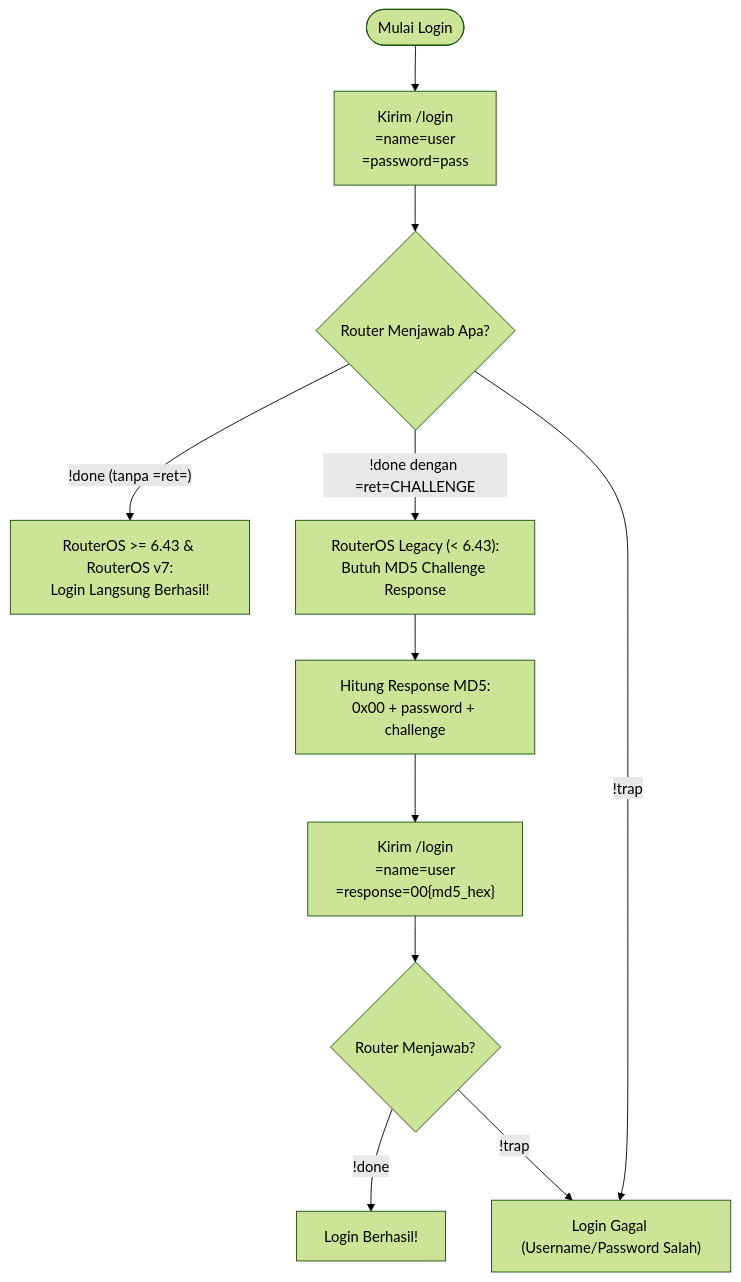
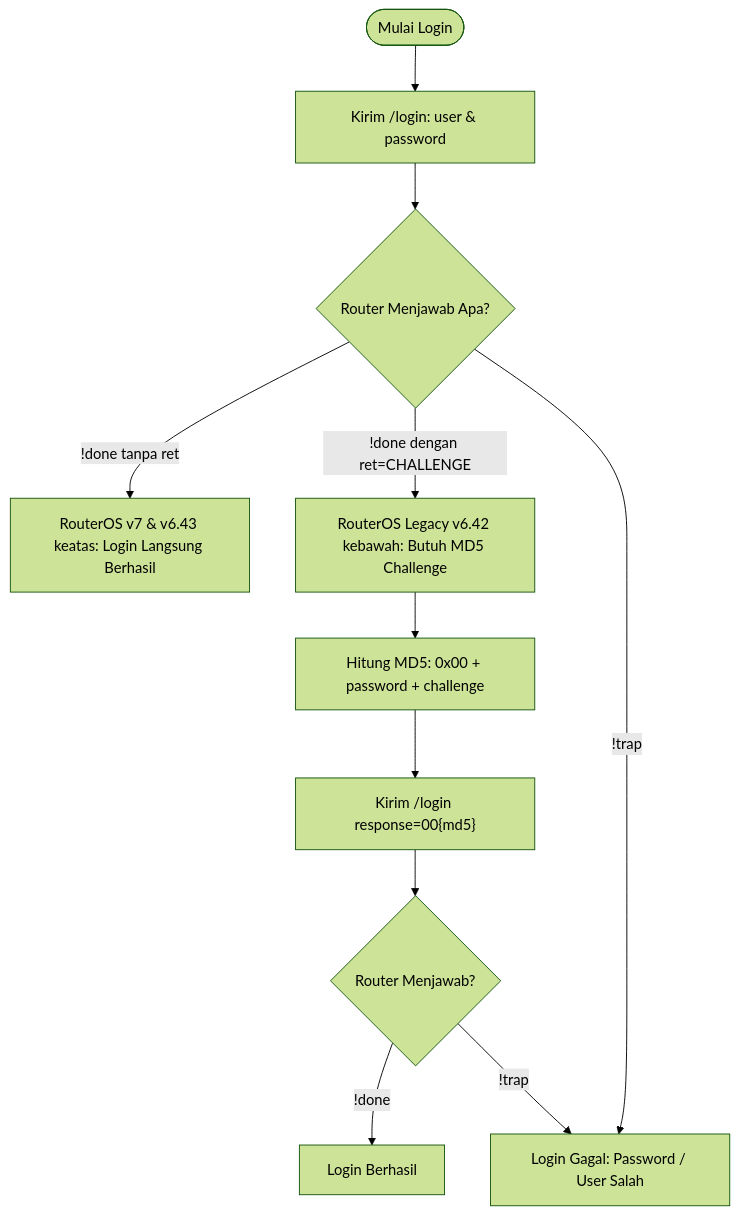
One commit to salman-mustapa/mikrotik-service changed the diagram in docs/02-protokol-routeros-binary.md. Above: the diagram before and after it, drawn with Mermaid (forest theme). The commit also changed 13 other files, not shown here.

Commit message:
fix(docs): resolve GitHub Mermaid parsing errors with clean syntax and high-res vector SVGs; feat: add WebSocket engine (/ws) and Fast-Path overview snapshot (/api/v1/overview)

````diff
--- a/docs/02-protokol-routeros-binary.md
+++ b/docs/02-protokol-routeros-binary.md
@@ -73,17 +73,16 @@
 ```mermaid
 flowchart TD
-    Start([Mulai Login]) --> SendPlain["Kirim /login<br/>=name=user<br/>=password=pass"]
+    Start([Mulai Login]) --> SendPlain["Kirim /login: user & password"]
     SendPlain --> Recv{"Router Menjawab Apa?"}
 
-    Recv -- "!done (tanpa =ret=)" --> SuccessV7["RouterOS >= 6.43 & RouterOS v7:<br/>Login Langsung Berhasil!"]
+    Recv -->|"!done tanpa ret"| SuccessV7["RouterOS v7 & v6.43 keatas: Login Langsung Berhasil"]
+    Recv -->|"!done dengan ret=CHALLENGE"| LegacyV6["RouterOS Legacy v6.42 kebawah: Butuh MD5 Challenge"]
     
-    Recv -- "!done dengan =ret=CHALLENGE" --> LegacyV6["RouterOS Legacy (< 6.43):<br/>Butuh MD5 Challenge Response"]
-    
-    LegacyV6 --> CalcMD5["Hitung Response MD5:<br/>0x00 + password + challenge"]
-    CalcMD5 --> SendChallenge["Kirim /login<br/>=name=user<br/>=response=00{md5_hex}"]
+    LegacyV6 --> CalcMD5["Hitung MD5: 0x00 + password + challenge"]
+    CalcMD5 --> SendChallenge["Kirim /login response=00{md5}"]
     SendChallenge --> Recv2{"Router Menjawab?"}
     
-    Recv2 -- "!done" --> SuccessV6["Login Berhasil!"]
-    Recv2 -- "!trap" --> Fail["Login Gagal (Username/Password Salah)"]
-    Recv -- "!trap" --> Fail
+    Recv2 -->|"!done"| SuccessV6["Login Berhasil"]
+    Recv2 -->|"!trap"| Fail["Login Gagal: Password / User Salah"]
+    Recv -->|"!trap"| Fail
 ```
````
